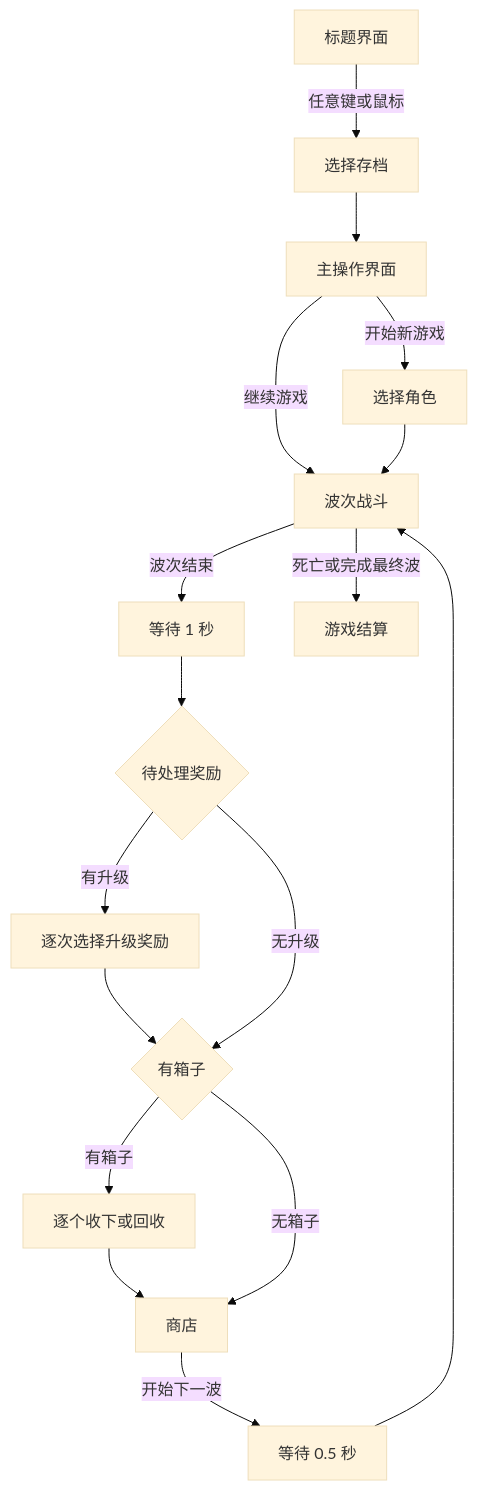
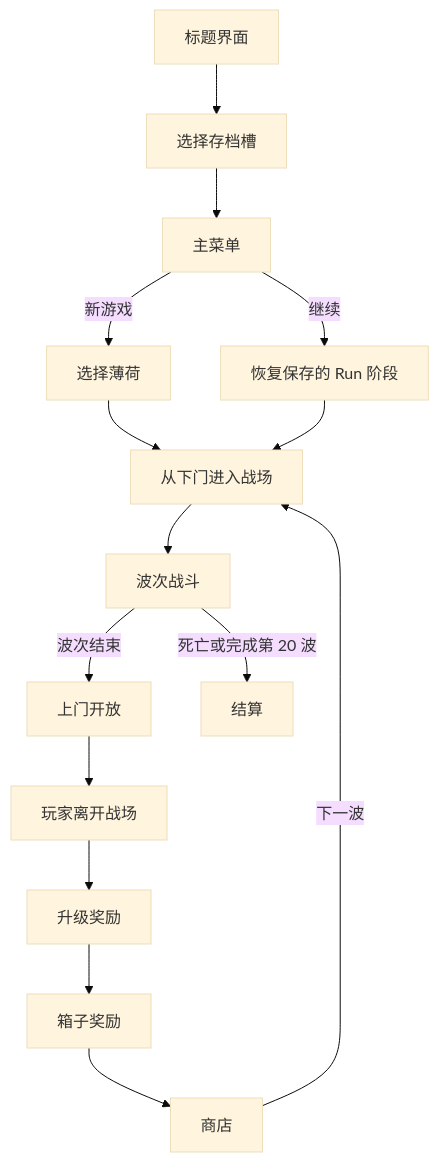
One commit to Kaslana-423/Potato changed the diagram in README.md. Above: the diagram before and after it, drawn with Mermaid (base theme). The commit also changed other lines of this file and 2 other files, not shown here.

````diff
--- a/README.md
+++ b/README.md
@@ -29,19 +31,17 @@
 ```mermaid
 flowchart TD
-    A[标题界面] -->|任意键或鼠标| B[选择存档]
-    B --> C[主操作界面]
-    C -->|开始新游戏| D[选择角色]
-    C -->|继续游戏| E[恢复当前 Run]
-    D --> E[波次战斗]
-    E -->|波次结束| F[等待 1 秒]
-    F --> G{待处理奖励}
-    G -->|有升级| H[逐次选择升级奖励]
-    H --> I{有箱子}
-    G -->|无升级| I
-    I -->|有箱子| J[逐个收下或回收]
-    J --> K[商店]
-    I -->|无箱子| K
-    K -->|开始下一波| L[等待 0.5 秒]
-    L --> E
-    E -->|死亡或完成最终波| M[游戏结算]
+    A[标题界面] --> B[选择存档槽]
+    B --> C[主菜单]
+    C -->|新游戏| D[选择薄荷]
+    C -->|继续| E[恢复保存的 Run 阶段]
+    D --> F[从下门进入战场]
+    E --> F
+    F --> G[波次战斗]
+    G -->|波次结束| H[上门开放]
+    H --> I[玩家离开战场]
+    I --> J[升级奖励]
+    J --> K[箱子奖励]
+    K --> L[商店]
+    L -->|下一波| F
+    G -->|死亡或完成第 20 波| M[结算]
 ```
````
